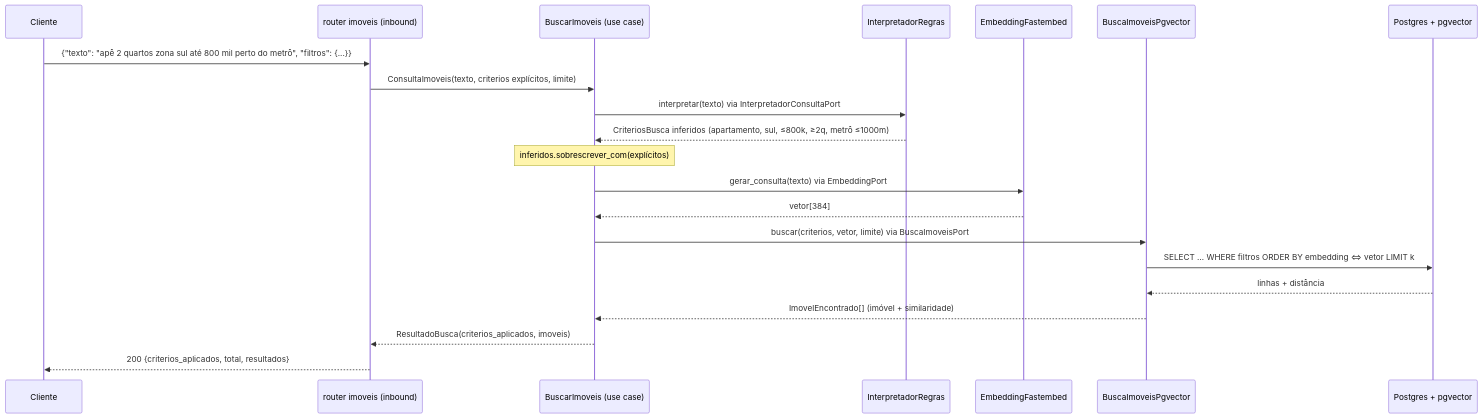
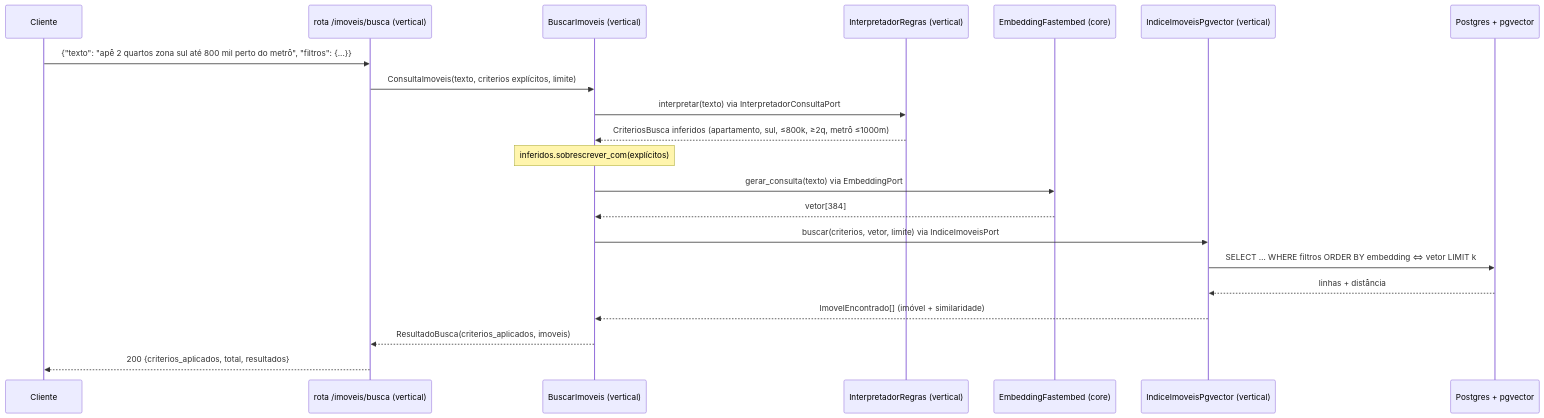
One commit to amaranini/tech-challenge-fase-5 changed the seventh of 8 diagrams in docs/arquitetura.md. Above: the diagram before and after it, drawn with Mermaid. The commit also changed other lines of this file and 113 other files, not shown here.

First line of the commit message:
Refactor: core de SDR genérico separado da vertical imobiliária

````diff
--- a/docs/arquitetura.md
+++ b/docs/arquitetura.md
@@ -138,24 +216,24 @@
 ```mermaid
 sequenceDiagram
     participant C as Cliente
-    participant R as router imoveis (inbound)
-    participant U as BuscarImoveis (use case)
-    participant I as InterpretadorRegras
-    participant E as EmbeddingFastembed
-    participant B as BuscaImoveisPgvector
+    participant R as rota /imoveis/busca (vertical)
+    participant U as BuscarImoveis (vertical)
+    participant I as InterpretadorRegras (vertical)
+    participant E as EmbeddingFastembed (core)
+    participant X as IndiceImoveisPgvector (vertical)
     participant DB as Postgres + pgvector
 
     C->>R: {"texto": "apê 2 quartos zona sul até 800 mil perto do metrô", "filtros": {...}}
     R->>U: ConsultaImoveis(texto, criterios explícitos, limite)
     U->>I: interpretar(texto) via InterpretadorConsultaPort
     I-->>U: CriteriosBusca inferidos (apartamento, sul, ≤800k, ≥2q, metrô ≤1000m)
     Note over U: inferidos.sobrescrever_com(explícitos)
     U->>E: gerar_consulta(texto) via EmbeddingPort
     E-->>U: vetor[384]
-    U->>B: buscar(criterios, vetor, limite) via BuscaImoveisPort
-    B->>DB: SELECT … WHERE filtros ORDER BY embedding <=> vetor LIMIT k
-    DB-->>B: linhas + distância
-    B-->>U: ImovelEncontrado[] (imóvel + similaridade)
+    U->>X: buscar(criterios, vetor, limite) via IndiceImoveisPort
+    X->>DB: SELECT … WHERE filtros ORDER BY embedding <=> vetor LIMIT k
+    DB-->>X: linhas + distância
+    X-->>U: ImovelEncontrado[] (imóvel + similaridade)
     U-->>R: ResultadoBusca(criterios_aplicados, imoveis)
     R-->>C: 200 {criterios_aplicados, total, resultados}
 ```
````
